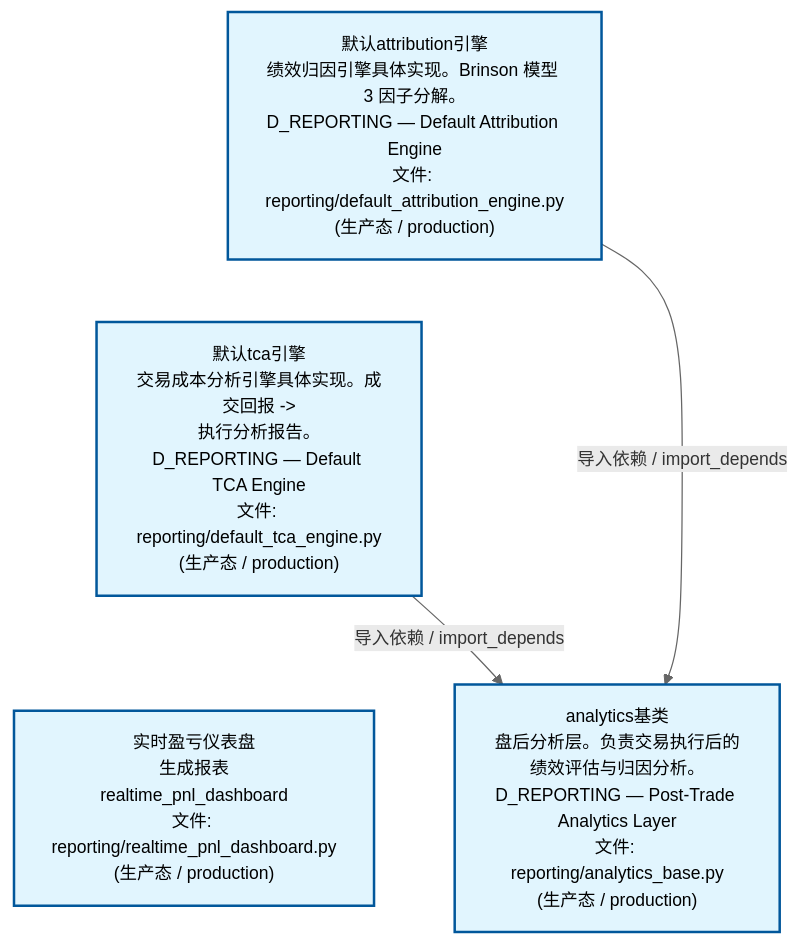
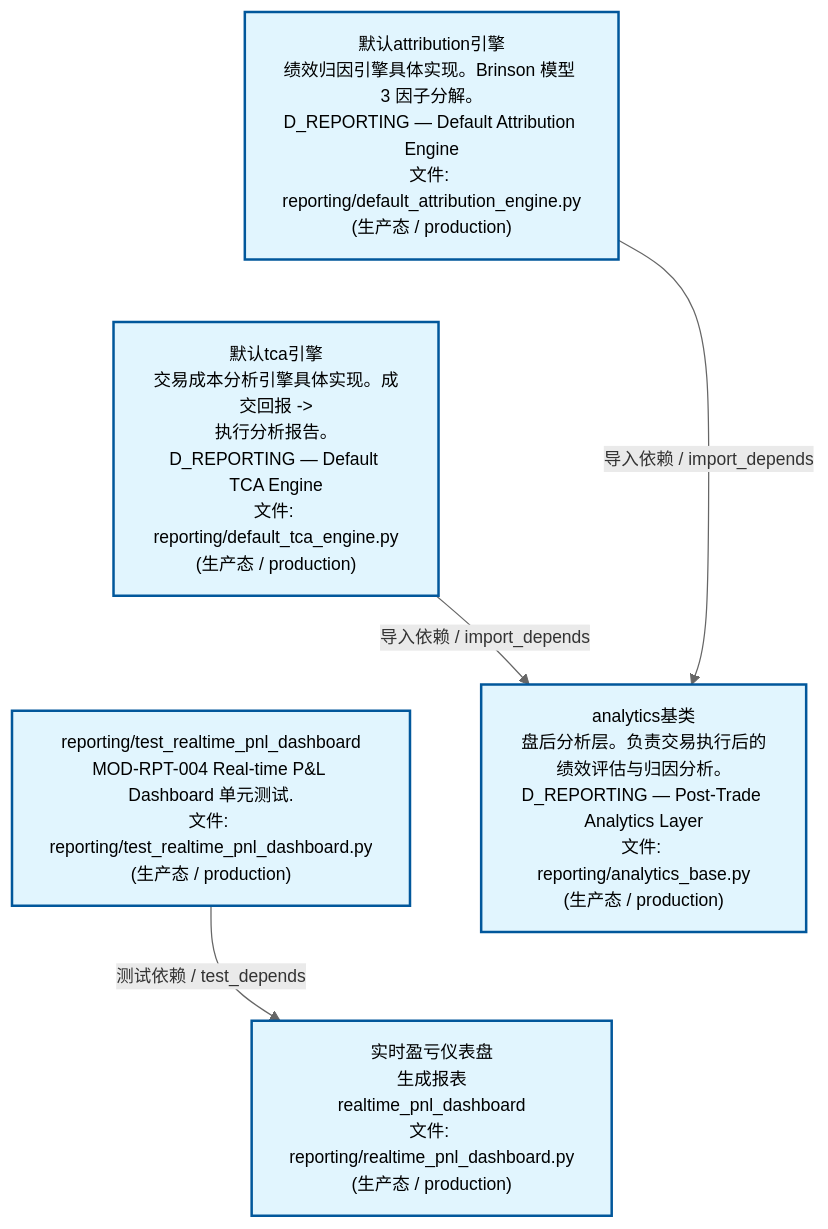
Before and after one commit to xuanFelixVan/ZephyrAlpha: the second of 4 diagrams in docs/02_enterprise_architecture/02_domain_architecture_docs/26_d_reporting.md, drawn with Mermaid. The commit also changed other lines of this file and 48 other files, not shown here.

````diff
--- a/docs/02_enterprise_architecture/02_domain_architecture_docs/26_d_reporting.md
+++ b/docs/02_enterprise_architecture/02_domain_architecture_docs/26_d_reporting.md
@@ -124,17 +129,20 @@
 ```mermaid
 %%{init: {'theme': 'base', 'themeVariables': {'primaryColor': '#eaeaea', 'primaryTextColor': '#333333', 'primaryBorderColor': '#666666', 'lineColor': '#666666', 'secondaryColor': '#eaeaea', 'tertiaryColor': '#eaeaea', 'fontSize': '14px'}}}%%
 flowchart TD
     src_zephyr_reporting_default_attribution_engine_py["默认attribution引擎<br/>绩效归因引擎具体实现。Brinson 模型 3 因子分解。<br/>D_REPORTING — Default Attribution Engine<br/>文件: reporting/default_attribution_engine.py<br/>(生产态 / production)"]
     src_zephyr_reporting_default_tca_engine_py["默认tca引擎<br/>交易成本分析引擎具体实现。成交回报 -><br/>执行分析报告。<br/>D_REPORTING — Default TCA Engine<br/>文件: reporting/default_tca_engine.py<br/>(生产态 / production)"]
+    tests_reporting_test_realtime_pnl_dashboard_py["reporting/test_realtime_pnl_dashboard<br/>MOD-RPT-004 Real-time P&L Dashboard 单元测试.<br/>文件: reporting/test_realtime_pnl_dashboard.py<br/>(生产态 / production)"]
+    src_zephyr_reporting_default_attribution_engine_py ~~~ src_zephyr_reporting_default_tca_engine_py
+    src_zephyr_reporting_default_tca_engine_py ~~~ tests_reporting_test_realtime_pnl_dashboard_py
+    src_zephyr_reporting_analytics_base_py["analytics基类<br/>盘后分析层。负责交易执行后的绩效评估与归因分析。<br/>D_REPORTING — Post-Trade Analytics Layer<br/>文件: reporting/analytics_base.py<br/>(生产态 / production)"]
     src_zephyr_reporting_realtime_pnl_dashboard_py["实时盈亏仪表盘<br/>生成报表<br/>realtime_pnl_dashboard<br/>文件: reporting/realtime_pnl_dashboard.py<br/>(生产态 / production)"]
-    src_zephyr_reporting_default_attribution_engine_py ~~~ src_zephyr_reporting_default_tca_engine_py
-    src_zephyr_reporting_default_tca_engine_py ~~~ src_zephyr_reporting_realtime_pnl_dashboard_py
-    src_zephyr_reporting_analytics_base_py["analytics基类<br/>盘后分析层。负责交易执行后的绩效评估与归因分析。<br/>D_REPORTING — Post-Trade Analytics Layer<br/>文件: reporting/analytics_base.py<br/>(生产态 / production)"]
+    src_zephyr_reporting_analytics_base_py ~~~ src_zephyr_reporting_realtime_pnl_dashboard_py
     src_zephyr_reporting_default_tca_engine_py -->|导入依赖 / import_depends| src_zephyr_reporting_analytics_base_py
     src_zephyr_reporting_default_attribution_engine_py -->|导入依赖 / import_depends| src_zephyr_reporting_analytics_base_py
+    tests_reporting_test_realtime_pnl_dashboard_py -->|测试依赖 / test_depends| src_zephyr_reporting_realtime_pnl_dashboard_py
     classDef production fill:#e1f5fe,stroke:#01579b,stroke-width:2px,color:#000
     classDef design fill:#fff3e0,stroke:#e65100,stroke-width:2px,color:#000,stroke-dasharray: 5 5
     classDef external_prod fill:#e8f4fd,stroke:#0277bd,stroke-width:1px,color:#000
     classDef external_design fill:#fff8e7,stroke:#ef6c00,stroke-width:1px,color:#000,stroke-dasharray: 5 5
-    class src_zephyr_reporting_analytics_base_py,src_zephyr_reporting_default_attribution_engine_py,src_zephyr_reporting_default_tca_engine_py,src_zephyr_reporting_realtime_pnl_dashboard_py production
+    class src_zephyr_reporting_analytics_base_py,src_zephyr_reporting_default_attribution_engine_py,src_zephyr_reporting_default_tca_engine_py,src_zephyr_reporting_realtime_pnl_dashboard_py,tests_reporting_test_realtime_pnl_dashboard_py production
 ```
````
